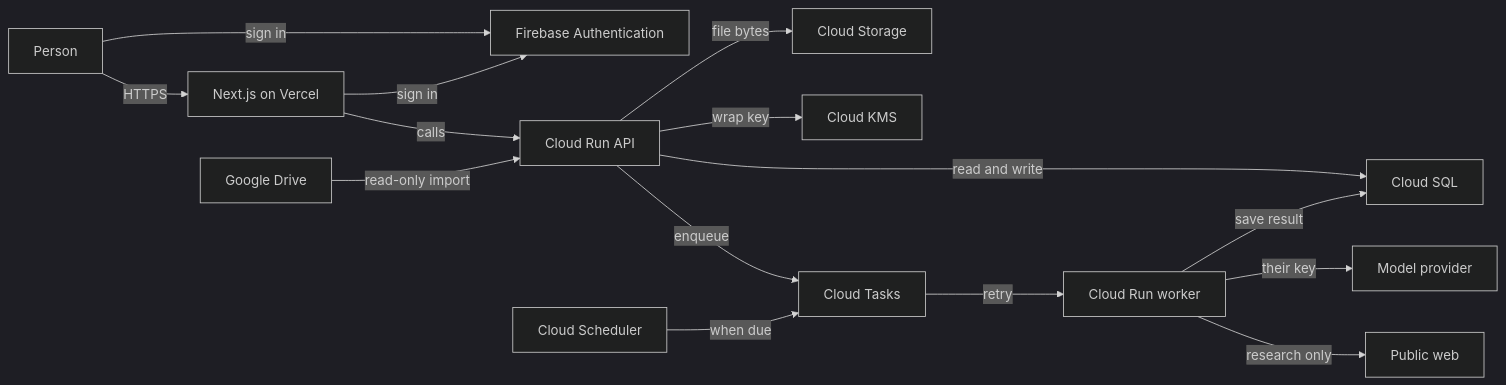
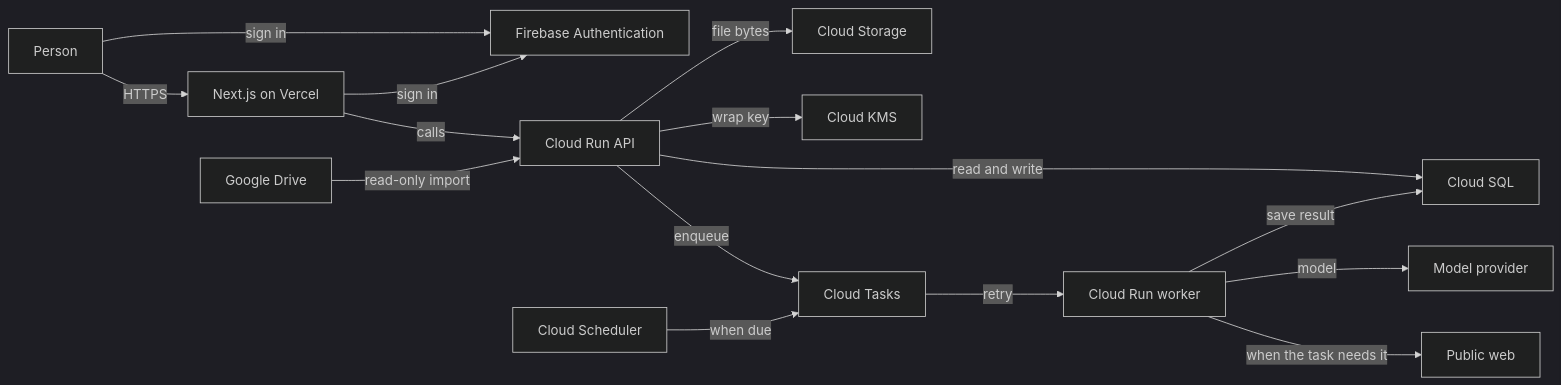
Before and after one commit to khamseaffan/Folio: the diagram in docs/architecture.md, drawn with Mermaid (dark theme). The commit also changed other lines of this file and 5 other files, not shown here.

````diff
--- a/docs/architecture.md
+++ b/docs/architecture.md
@@ -5,31 +5,31 @@
 ```mermaid
 flowchart LR
   person[Person]
   firebase["Firebase Authentication"]
   drive["Google Drive"]
   webapp["Next.js on Vercel"]
   api["Cloud Run API"]
   sql["Cloud SQL"]
   storage["Cloud Storage"]
   kms["Cloud KMS"]
   tasks["Cloud Tasks"]
   scheduler["Cloud Scheduler"]
   worker["Cloud Run worker"]
   model["Model provider"]
   publicweb["Public web"]
 
   person -->|HTTPS| webapp
   person -->|sign in| firebase
   webapp -->|sign in| firebase
   webapp -->|calls| api
   drive -->|"read-only import"| api
   api -->|"read and write"| sql
   api -->|"file bytes"| storage
   api -->|"wrap key"| kms
   api -->|enqueue| tasks
   scheduler -->|"when due"| tasks
   tasks -->|retry| worker
-  worker -->|"their key"| model
-  worker -->|"research only"| publicweb
+  worker -->|model| model
+  worker -->|"when the task needs it"| publicweb
   worker -->|"save result"| sql
 ```
````
